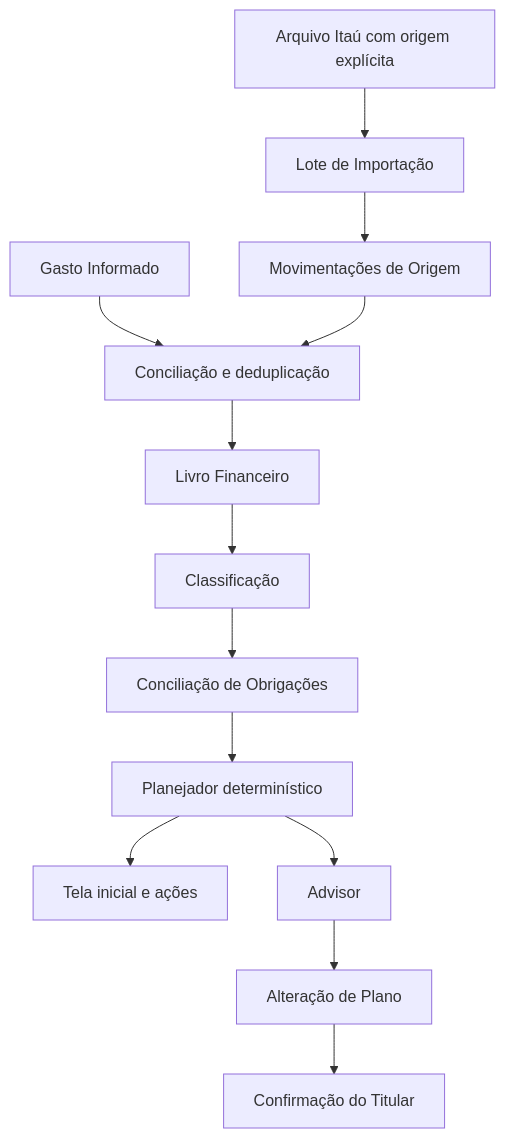
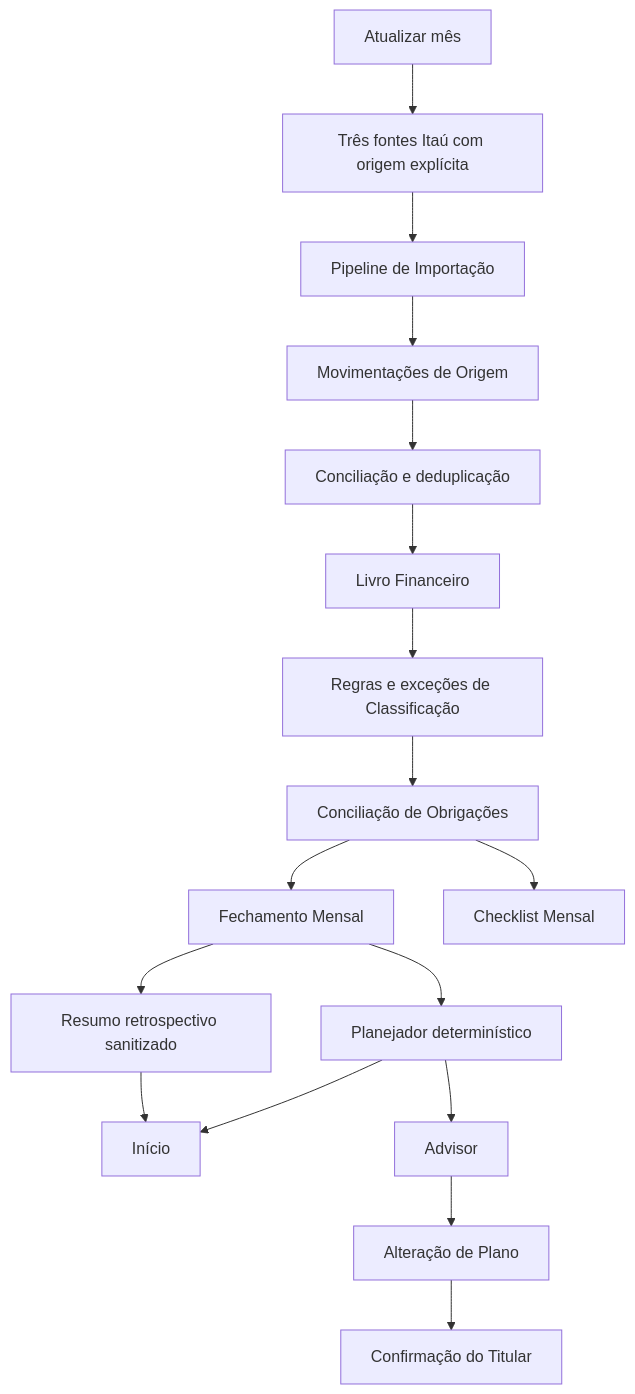
The second of 3 diagrams in docs/architecture.md (brenomzy/brenotion), drawn with Mermaid before and after one commit. The commit also changed other lines of this file and 65 other files, not shown here.

````diff
--- a/docs/architecture.md
+++ b/docs/architecture.md
@@ -191,15 +255,19 @@
 ```mermaid
 flowchart TD
-    R["Arquivo Itaú com origem explícita"] --> B["Lote de Importação"]
+    U["Atualizar mês"] --> R["Três fontes Itaú com origem explícita"]
+    R --> B["Pipeline de Importação"]
     B --> I["Movimentações de Origem"]
-    G["Gasto Informado"] --> D["Conciliação e deduplicação"]
-    I --> D
+    I --> D["Conciliação e deduplicação"]
     D --> L["Livro Financeiro"]
-    L --> C["Classificação"]
+    L --> C["Regras e exceções de Classificação"]
     C --> O["Conciliação de Obrigações"]
-    O --> P["Planejador determinístico"]
-    P --> H["Tela inicial e ações"]
+    O --> F["Fechamento Mensal"]
+    F --> S["Resumo retrospectivo sanitizado"]
+    F --> P["Planejador determinístico"]
+    S --> H["Início"]
+    O --> K["Checklist Mensal"]
+    P --> H
     P --> A["Advisor"]
     A --> X["Alteração de Plano"]
     X --> Q["Confirmação do Titular"]
 ```
````
